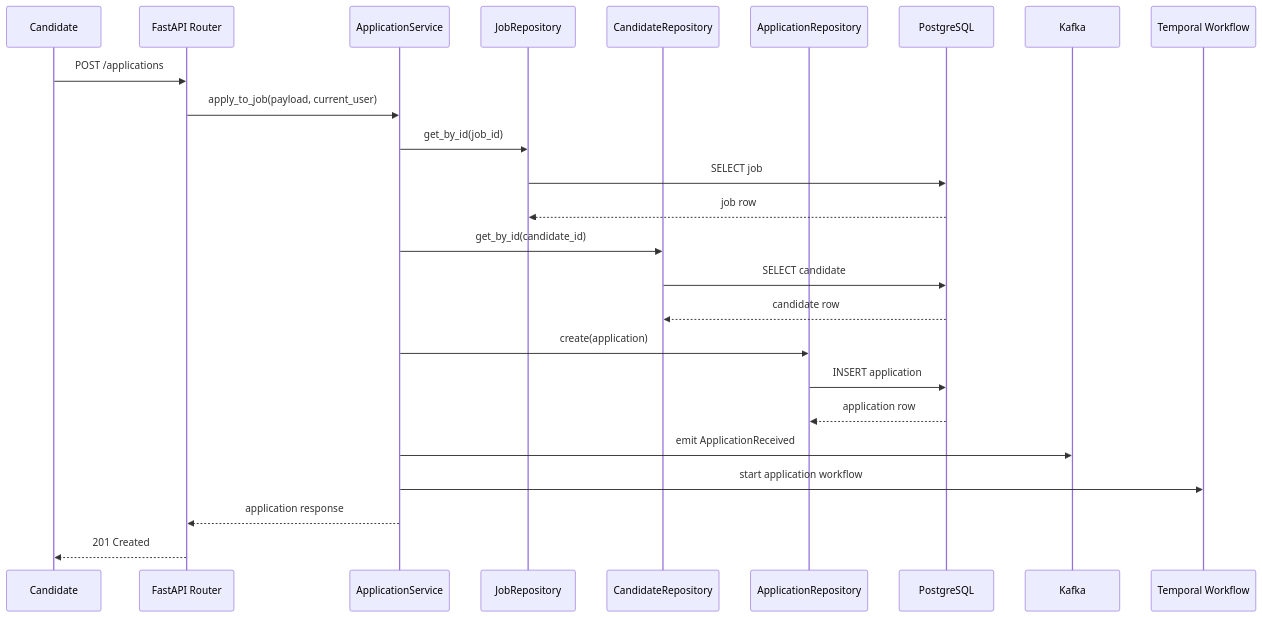
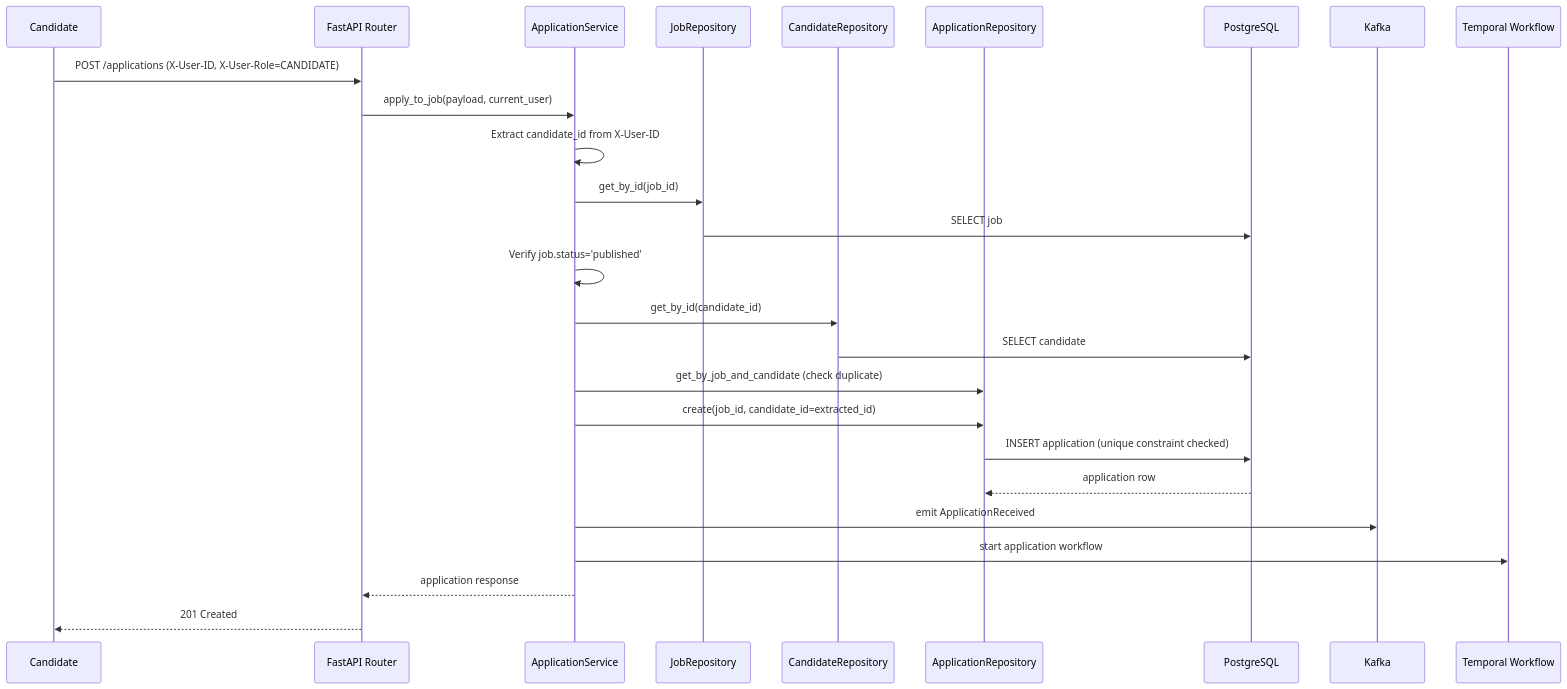
The fourth of 5 diagrams in docs/ARCHITECTURE.md (afnan-emumba/smart-hire), drawn with Mermaid before and after one commit. The commit also changed other lines of this file and 24 other files, not shown here.

````diff
--- a/docs/ARCHITECTURE.md
+++ b/docs/ARCHITECTURE.md
@@ -163,28 +190,29 @@
 ```mermaid
 sequenceDiagram
     participant Candidate
     participant API as FastAPI Router
     participant Service as ApplicationService
     participant JobRepo as JobRepository
     participant CandidateRepo as CandidateRepository
     participant AppRepo as ApplicationRepository
     participant DB as PostgreSQL
     participant Kafka as Kafka
     participant Temporal as Temporal Workflow
 
-    Candidate->>API: POST /applications
+    Candidate->>API: POST /applications (X-User-ID, X-User-Role=CANDIDATE)
     API->>Service: apply_to_job(payload, current_user)
+    Service->>Service: Extract candidate_id from X-User-ID
     Service->>JobRepo: get_by_id(job_id)
     JobRepo->>DB: SELECT job
-    DB-->>JobRepo: job row
+    Service->>Service: Verify job.status='published'
     Service->>CandidateRepo: get_by_id(candidate_id)
     CandidateRepo->>DB: SELECT candidate
-    DB-->>CandidateRepo: candidate row
-    Service->>AppRepo: create(application)
-    AppRepo->>DB: INSERT application
+    Service->>AppRepo: get_by_job_and_candidate (check duplicate)
+    Service->>AppRepo: create(job_id, candidate_id=extracted_id)
+    AppRepo->>DB: INSERT application (unique constraint checked)
     DB-->>AppRepo: application row
     Service->>Kafka: emit ApplicationReceived
     Service->>Temporal: start application workflow
     Service-->>API: application response
     API-->>Candidate: 201 Created
 ```
````
